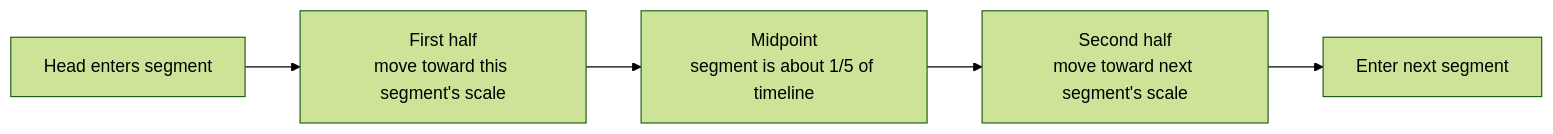
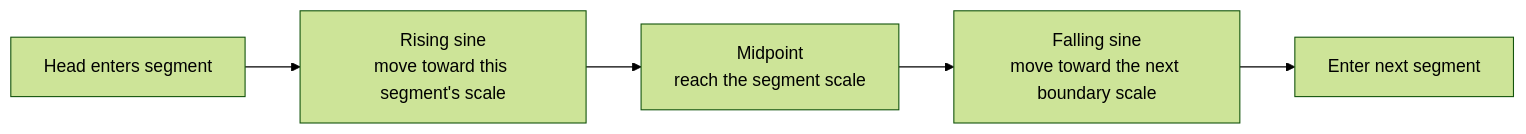
One commit to blubalubbin/music-mixer changed the first of 3 diagrams in docs/timeline-dynamics.md. Above: the diagram before and after it, drawn with Mermaid (forest theme). The commit also changed other lines of this file and 3 other files, not shown here.

````diff
--- a/docs/timeline-dynamics.md
+++ b/docs/timeline-dynamics.md
@@ -11,7 +11,7 @@
 ```mermaid
 flowchart LR
-    Enter["Head enters segment"] --> First["First half<br/>move toward this segment's scale"]
-    First --> Mid["Midpoint<br/>segment is about 1/5 of timeline"]
-    Mid --> Second["Second half<br/>move toward next segment's scale"]
+    Enter["Head enters segment"] --> First["Rising sine<br/>move toward this segment's scale"]
+    First --> Mid["Midpoint<br/>reach the segment scale"]
+    Mid --> Second["Falling sine<br/>move toward the next boundary scale"]
     Second --> Next["Enter next segment"]
 ```
````
